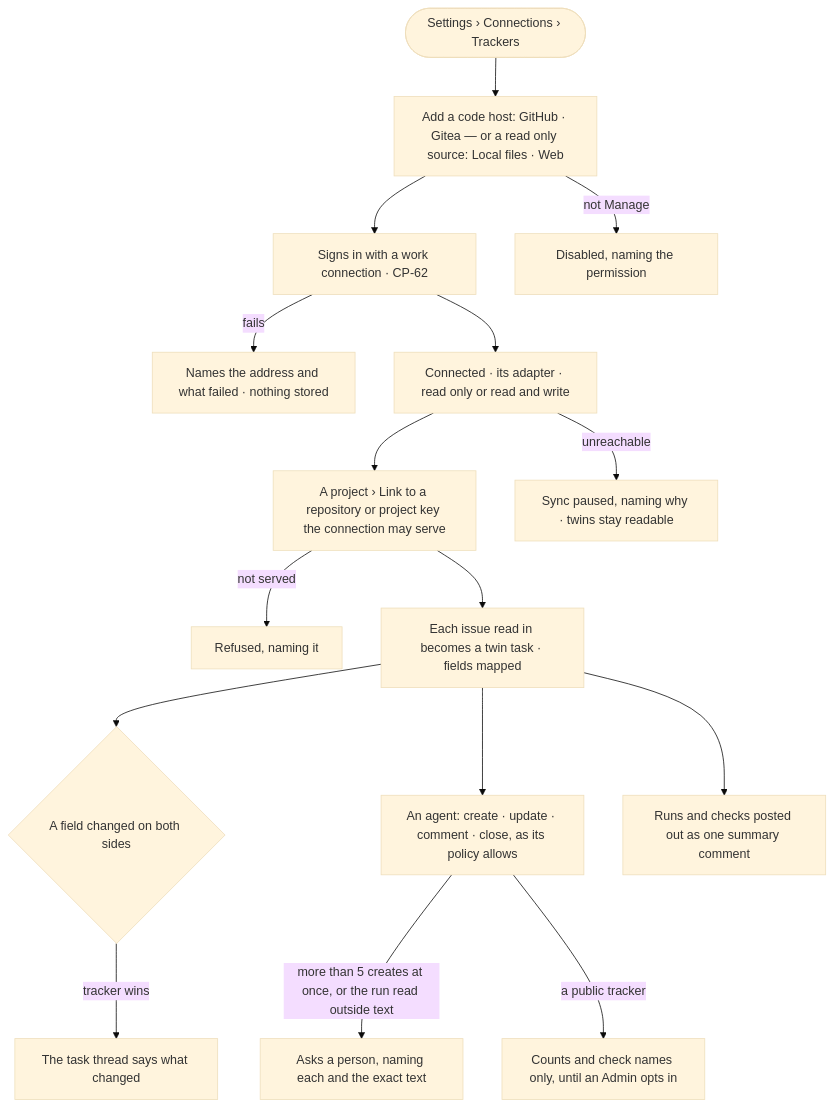
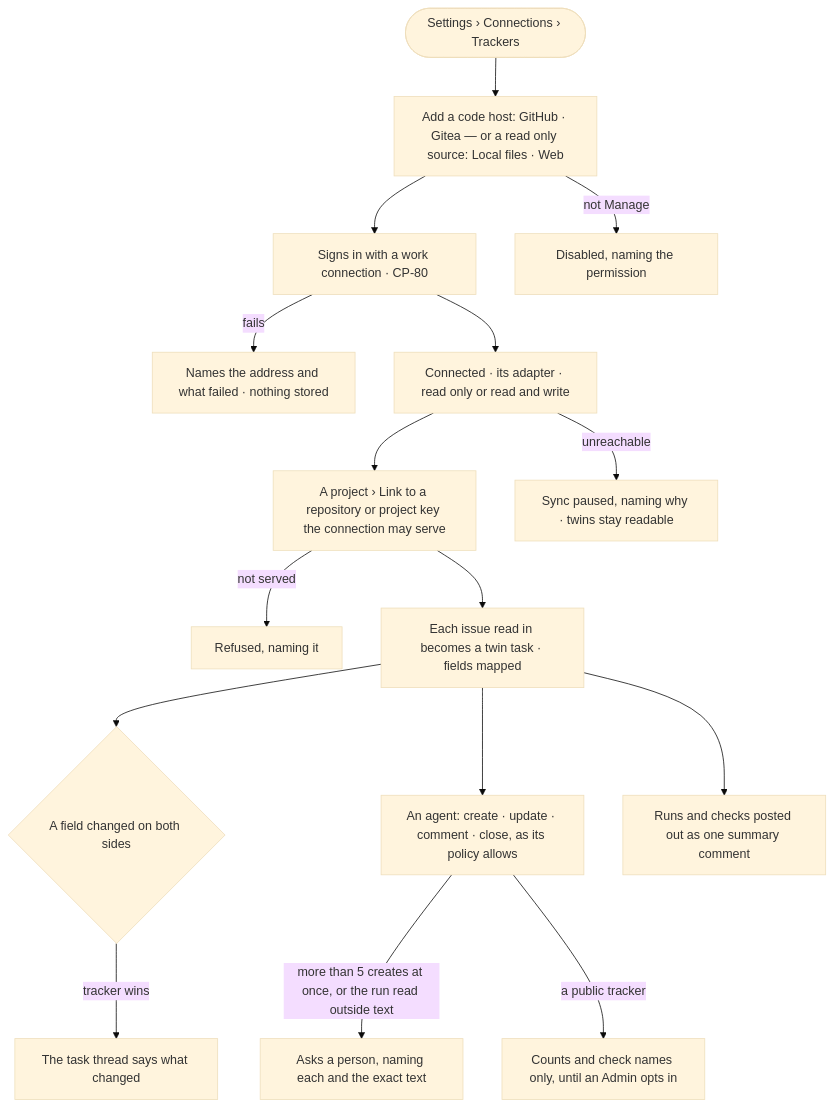
The diagram in specs/os/control/features/CP-F12-issue-trackers/stories/CP-73-connect-an-issue-tracker-and-link-a-project/story.md (invana/invana), drawn with Mermaid (base theme) before and after one commit. The commit also changed other lines of this file and 156 other files, not shown here.

Commit message:
wip(platform-design-3): P02 · steps 1-4 — section 4, E2E sweep, merges, flow boards, journeys

````diff
--- a/specs/os/control/features/CP-F12-issue-trackers/stories/CP-73-connect-an-issue-tracker-and-link-a-project/story.md
+++ b/specs/os/control/features/CP-F12-issue-trackers/stories/CP-73-connect-an-issue-tracker-and-link-a-project/story.md
@@ -25,18 +25,18 @@
 ```mermaid
 flowchart TD
   s([Settings › Connections › Trackers]) --> ad["Add a code host: GitHub · Gitea — or a read only source: Local files · Web"]
-  ad --> wc["Signs in with a work connection · CP-62"]
+  ad --> wc["Signs in with a work connection · CP-80"]
   wc -->|fails| af["Names the address and what failed · nothing stored"]
   wc --> ok["Connected · its adapter · read only or read and write"]
   ok --> lk["A project › Link to a repository or project key the connection may serve"]
   lk -->|not served| ns["Refused, naming it"]
   lk --> tw["Each issue read in becomes a twin task · fields mapped"]
   tw --> sy{"A field changed on both sides"}
   sy -->|tracker wins| th["The task thread says what changed"]
   tw --> ag["An agent: create · update · comment · close, as its policy allows"]
   ag -->|more than 5 creates at once, or the run read outside text| ask["Asks a person, naming each and the exact text"]
   ag -->|a public tracker| pb["Counts and check names only, until an Admin opts in"]
   tw --> out["Runs and checks posted out as one summary comment"]
   ok -->|unreachable| dn["Sync paused, naming why · twins stay readable"]
   ad -->|not Manage| na["Disabled, naming the permission"]
 ```
````
